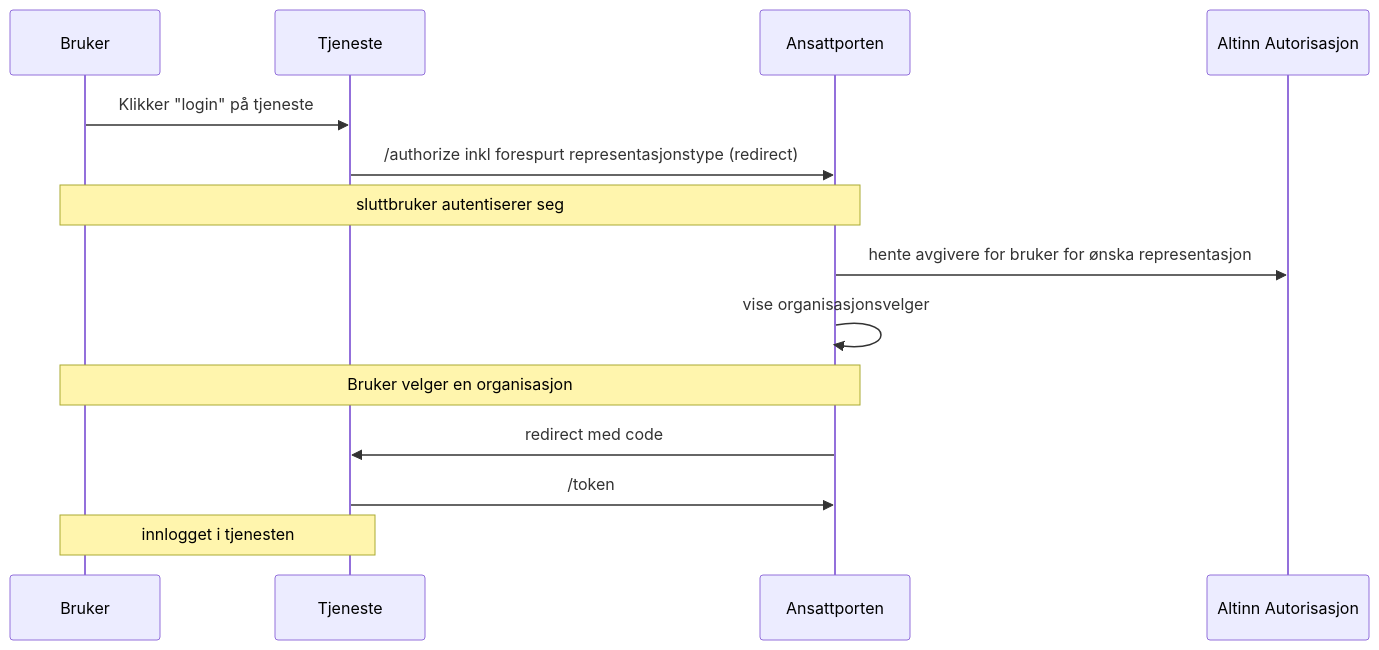
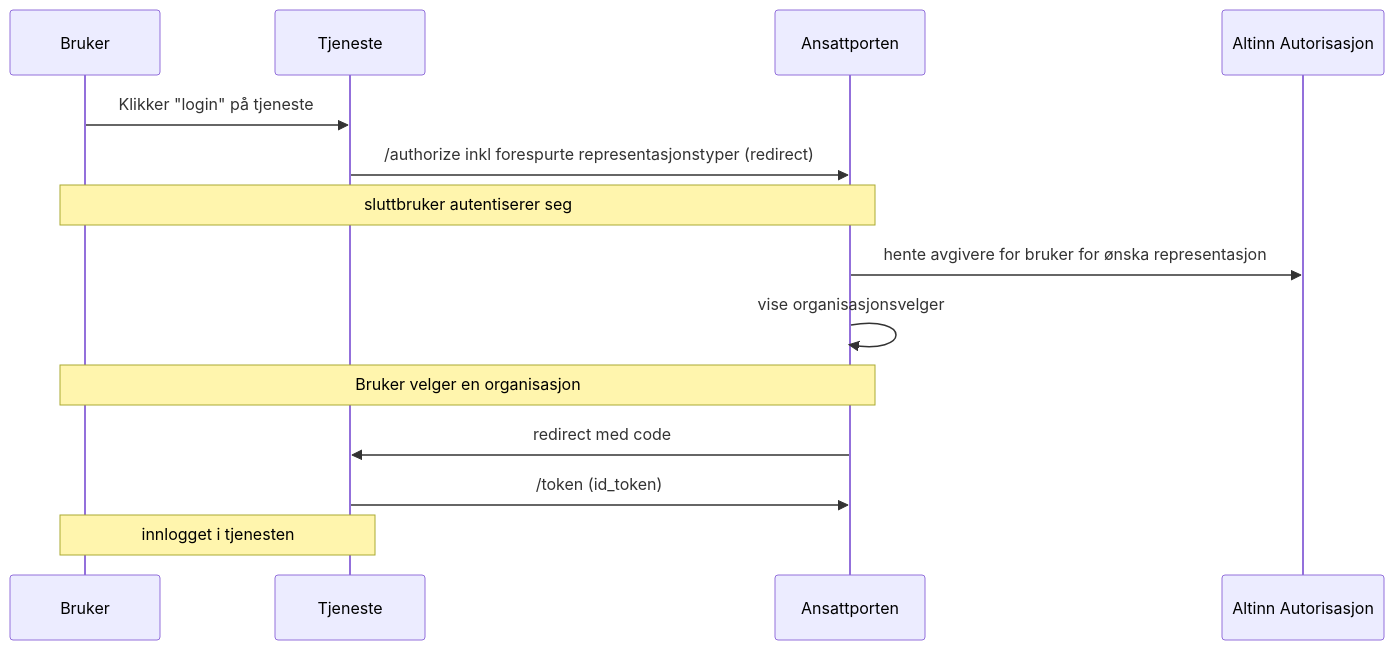
One commit to felleslosninger/docs changed the second of 3 diagrams in _docs/idporten/oidc/ansattporten_guide.md. Above: the diagram before and after it, drawn with Mermaid. The commit also changed other lines of this file, not shown here.

```diff
--- a/_docs/idporten/oidc/ansattporten_guide.md
+++ b/_docs/idporten/oidc/ansattporten_guide.md
@@ -77,19 +83,19 @@
 <div class="mermaid">
 sequenceDiagram
 
 participant B as Bruker
 participant C as Tjeneste
 participant A as Ansattporten
 participant AA as Altinn Autorisasjon
 
 B->>C: Klikker "login" på tjeneste
-C->>A: /authorize inkl forespurt representasjonstype  (redirect)
+C->>A: /authorize inkl forespurte representasjonstyper  (redirect)
 note over B, A: sluttbruker autentiserer seg
   A->>AA: hente avgivere for bruker for ønska representasjon
   A->>A: vise organisasjonsvelger
   note over B, A: Bruker velger en  organisasjon
 A->>C: redirect med code
-C->>A: /token  
+C->>A: /token  (id_token)
 note over B,C: innlogget i tjenesten
 
 </div>
```
